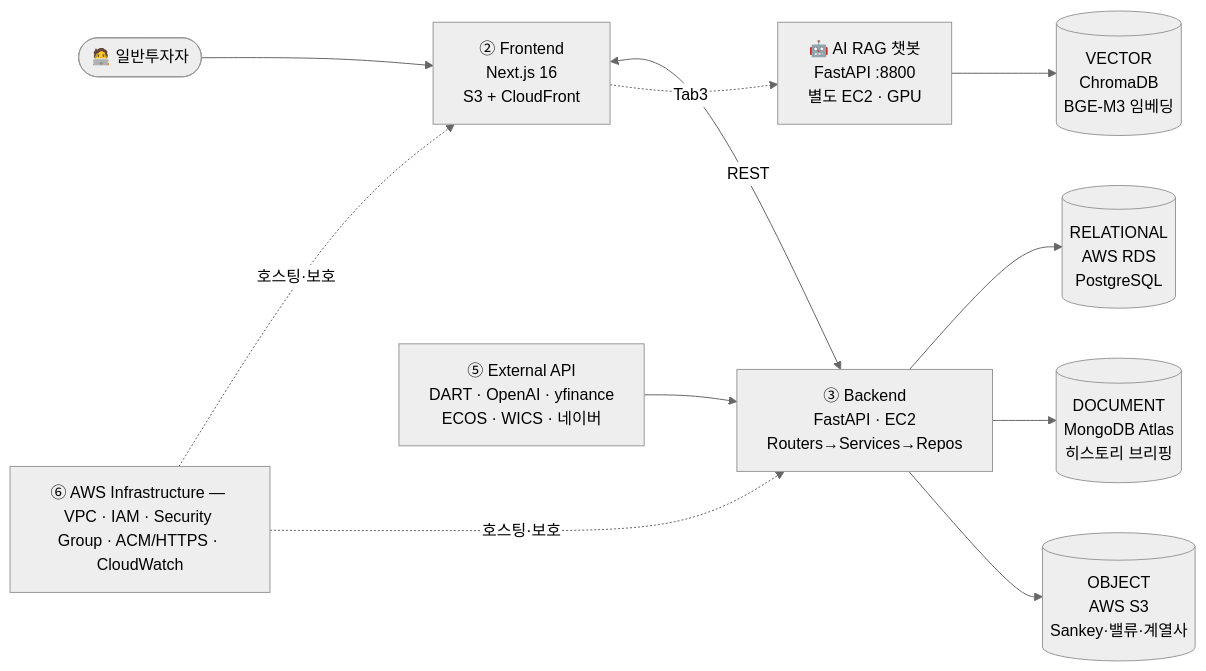
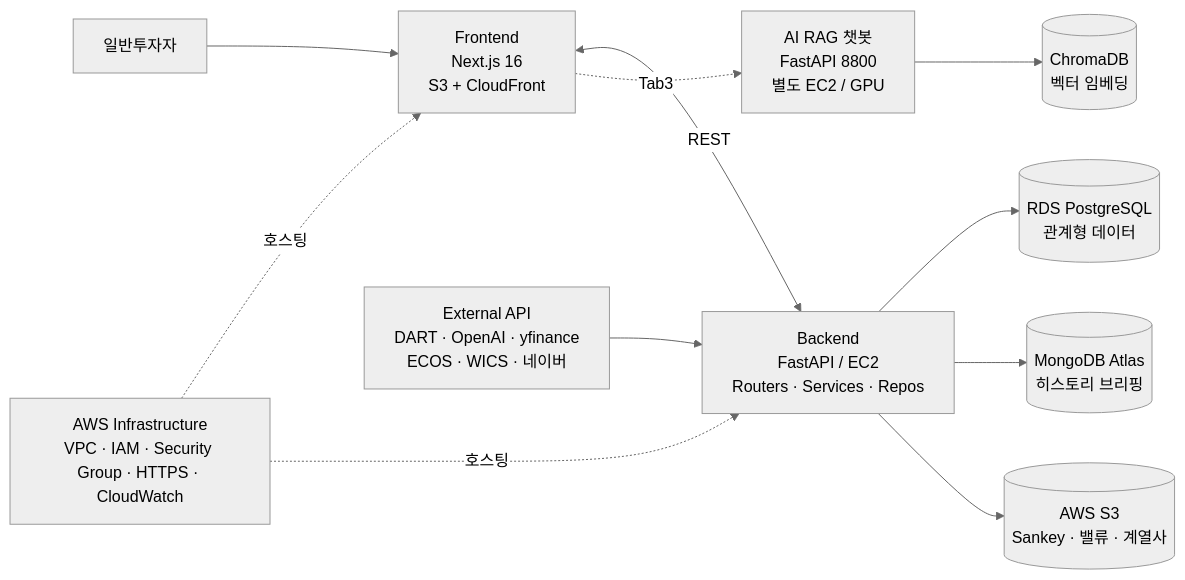
One commit to blackhole-24/FILMN9 changed the first of 2 diagrams in README.md. Above: the diagram before and after it, drawn with Mermaid (neutral theme). The commit also changed other lines of this file, not shown here.

Commit message:
@ docs: README mermaid 다이어그램 단순화 (렌더 안정화)
- 결합 이모지·콜론(:8800)·원숫자(①②) 등 GitHub mermaid 렌더러가
  까다로워하는 요소 제거 → 시스템아키텍처·데이터파이프라인 2종 안정화

@

````diff
--- a/README.md
+++ b/README.md
@@ -54,14 +54,14 @@
 ```mermaid
 flowchart LR
-    U(["🧑‍💻 일반투자자"]) --> FE["② Frontend<br/>Next.js 16<br/>S3 + CloudFront"]
-    FE <-->|REST| BE["③ Backend<br/>FastAPI · EC2<br/>Routers→Services→Repos"]
-    FE -.Tab3.-> BOT["🤖 AI RAG 챗봇<br/>FastAPI :8800<br/>별도 EC2 · GPU"]
-    EXT["⑤ External API<br/>DART · OpenAI · yfinance<br/>ECOS · WICS · 네이버"] --> BE
-    BE --> RDS[("RELATIONAL<br/>AWS RDS<br/>PostgreSQL")]
-    BE --> MG[("DOCUMENT<br/>MongoDB Atlas<br/>히스토리 브리핑")]
-    BE --> S3OBJ[("OBJECT<br/>AWS S3<br/>Sankey·밸류·계열사")]
-    BOT --> VDB[("VECTOR<br/>ChromaDB<br/>BGE-M3 임베딩")]
-    INFRA["⑥ AWS Infrastructure — VPC · IAM · Security Group · ACM/HTTPS · CloudWatch"]
-    INFRA -.호스팅·보호.-> FE
-    INFRA -.호스팅·보호.-> BE
+    U["일반투자자"] --> FE["Frontend<br/>Next.js 16<br/>S3 + CloudFront"]
+    FE <-->|REST| BE["Backend<br/>FastAPI / EC2<br/>Routers · Services · Repos"]
+    FE -.Tab3.-> BOT["AI RAG 챗봇<br/>FastAPI 8800<br/>별도 EC2 / GPU"]
+    EXT["External API<br/>DART · OpenAI · yfinance<br/>ECOS · WICS · 네이버"] --> BE
+    BE --> RDS[("RDS PostgreSQL<br/>관계형 데이터")]
+    BE --> MG[("MongoDB Atlas<br/>히스토리 브리핑")]
+    BE --> S3OBJ[("AWS S3<br/>Sankey · 밸류 · 계열사")]
+    BOT --> VDB[("ChromaDB<br/>벡터 임베딩")]
+    INFRA["AWS Infrastructure<br/>VPC · IAM · Security Group · HTTPS · CloudWatch"]
+    INFRA -.호스팅.-> FE
+    INFRA -.호스팅.-> BE
 ```
````
